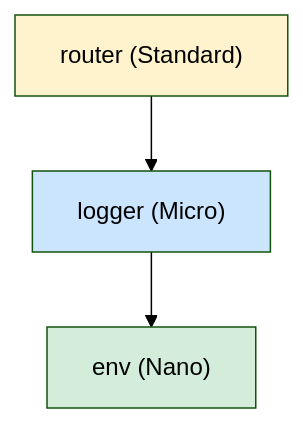
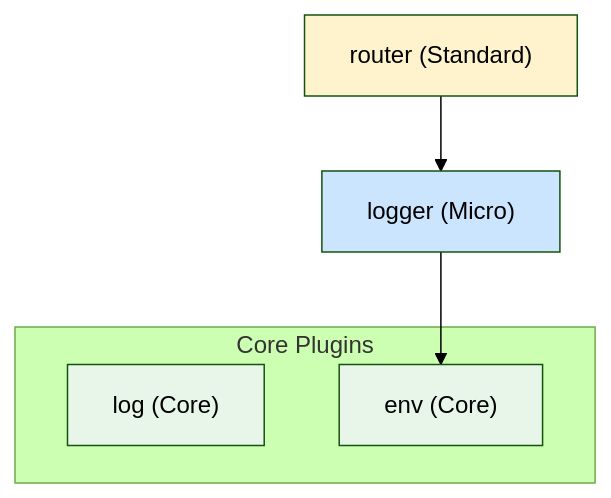
One commit to moku-labs/claude changed the first of 2 diagrams in agents/architecture-validator.md. Above: the diagram before and after it, drawn with Mermaid (forest theme). The commit also changed other lines of this file and 14 other files, not shown here.

First line of the commit message:
v0.7.0: Add core plugins knowledge across all skills, references, and agents

````diff
--- a/agents/architecture-validator.md
+++ b/agents/architecture-validator.md
@@ -121,13 +137,17 @@
 ```mermaid
 graph TD
-  env["env (Nano)"]:::nano
+  subgraph Core Plugins
+    log["log (Core)"]:::core
+    env["env (Core)"]:::core
+  end
   logger["logger (Micro)"]:::micro
   router["router (Standard)"]:::standard
   logger --> env
   router --> logger
+  classDef core fill:#e8f5e9
   classDef nano fill:#d4edda
   classDef micro fill:#cce5ff
   classDef standard fill:#fff3cd
   classDef complex fill:#f8d7da
   classDef vcomplex fill:#e2d5f1
 ```
````
